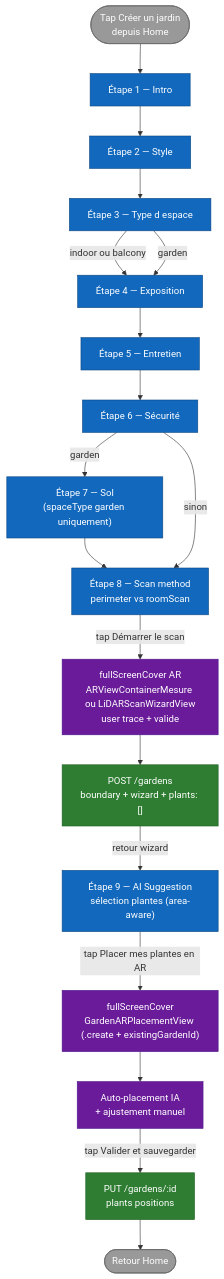
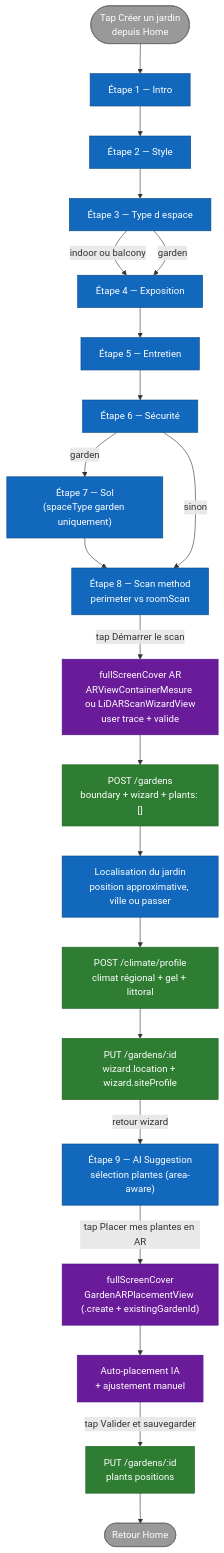
Before and after one commit to ArboreTeam/Arbore: the diagram in docs/fr/flows/garden-creation.md, drawn with Mermaid. The commit also changed other lines of this file and 46 other files, not shown here.

Commit message:
feat: enrich garden recommendations with local climate

````diff
--- a/docs/fr/flows/garden-creation.md
+++ b/docs/fr/flows/garden-creation.md
@@ -13,47 +13,52 @@
 ```mermaid
 flowchart TB
     start_node([Tap Créer un jardin<br/>depuis Home])
 
     intro["Étape 1 — Intro"]
     style_step["Étape 2 — Style"]
     spaceType["Étape 3 — Type d espace"]
     exposure["Étape 4 — Exposition"]
     maintenance["Étape 5 — Entretien"]
     safety["Étape 6 — Sécurité"]
     soil["Étape 7 — Sol<br/>(spaceType garden uniquement)"]
     scan["Étape 8 — Scan method<br/>perimeter vs roomScan"]
 
     trace_ar["fullScreenCover AR<br/>ARViewContainerMesure ou LiDARScanWizardView<br/>user trace + valide"]
     post_garden["POST /gardens<br/>boundary + wizard + plants: []"]
-
+    location["Localisation du jardin<br/>position approximative, ville ou passer"]
+    climate["POST /climate/profile<br/>climat régional + gel + littoral"]
+    update_garden["PUT /gardens/:id<br/>wizard.location + wizard.siteProfile"]
     ai["Étape 9 — AI Suggestion<br/>sélection plantes (area-aware)"]
     placement["fullScreenCover<br/>GardenARPlacementView (.create + existingGardenId)"]
     auto_place["Auto-placement IA<br/>+ ajustement manuel"]
     put_garden["PUT /gardens/:id<br/>plants positions"]
 
     home([Retour Home])
 
     start_node --> intro --> style_step --> spaceType
     spaceType -->|indoor ou balcony| exposure
     spaceType -->|garden| exposure
     exposure --> maintenance --> safety
     safety -->|garden| soil --> scan
     safety -->|sinon| scan
 
     scan -->|tap Démarrer le scan| trace_ar
     trace_ar --> post_garden
-    post_garden -->|retour wizard| ai
+    post_garden --> location
+    location --> climate
+    climate --> update_garden
+    update_garden -->|retour wizard| ai
     ai -->|tap Placer mes plantes en AR| placement
     placement --> auto_place
     auto_place -->|tap Valider et sauvegarder| put_garden
     put_garden --> home
 
     classDef step  fill:#1168BD,stroke:#0B4884,color:#fff
     classDef cond  fill:#2E7D32,stroke:#1B5E20,color:#fff
     classDef ar    fill:#6A1B9A,stroke:#4A148C,color:#fff
     classDef io    fill:#999,stroke:#666,color:#fff
-    class intro,style_step,spaceType,exposure,maintenance,safety,soil,scan,ai step
-    class post_garden,put_garden cond
+    class intro,style_step,spaceType,exposure,maintenance,safety,soil,scan,location,ai step
+    class post_garden,climate,update_garden,put_garden cond
     class trace_ar,placement,auto_place ar
     class start_node,home io
 ```
````
